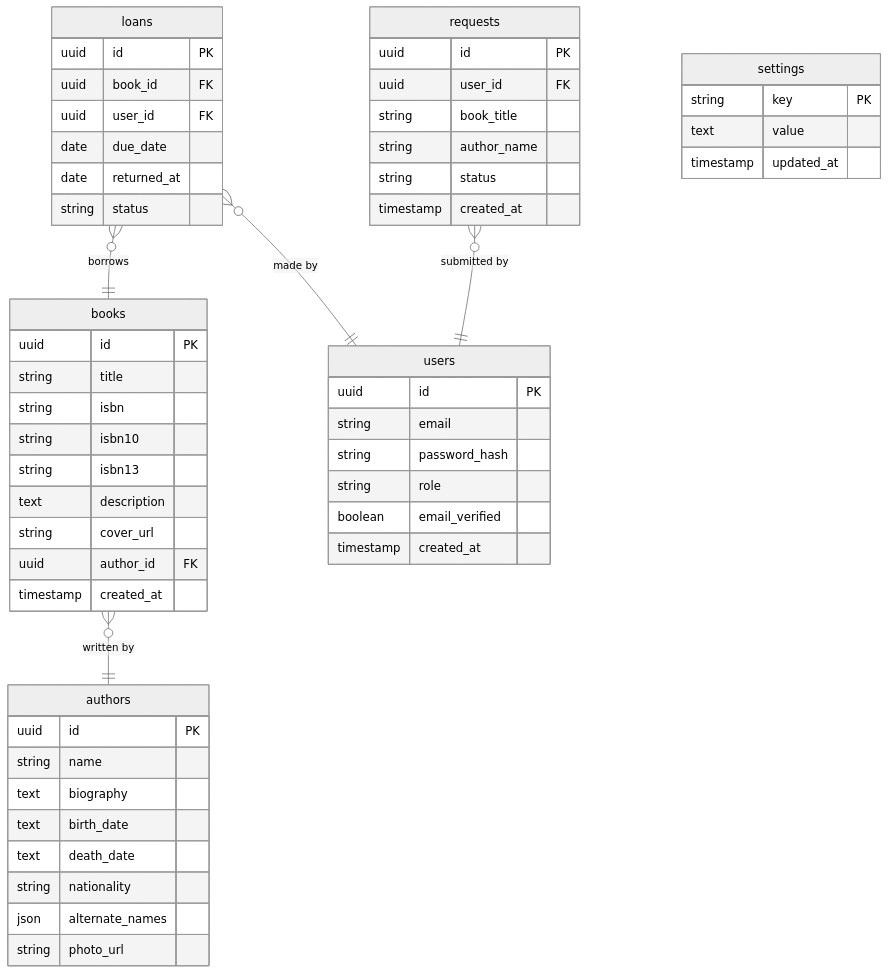
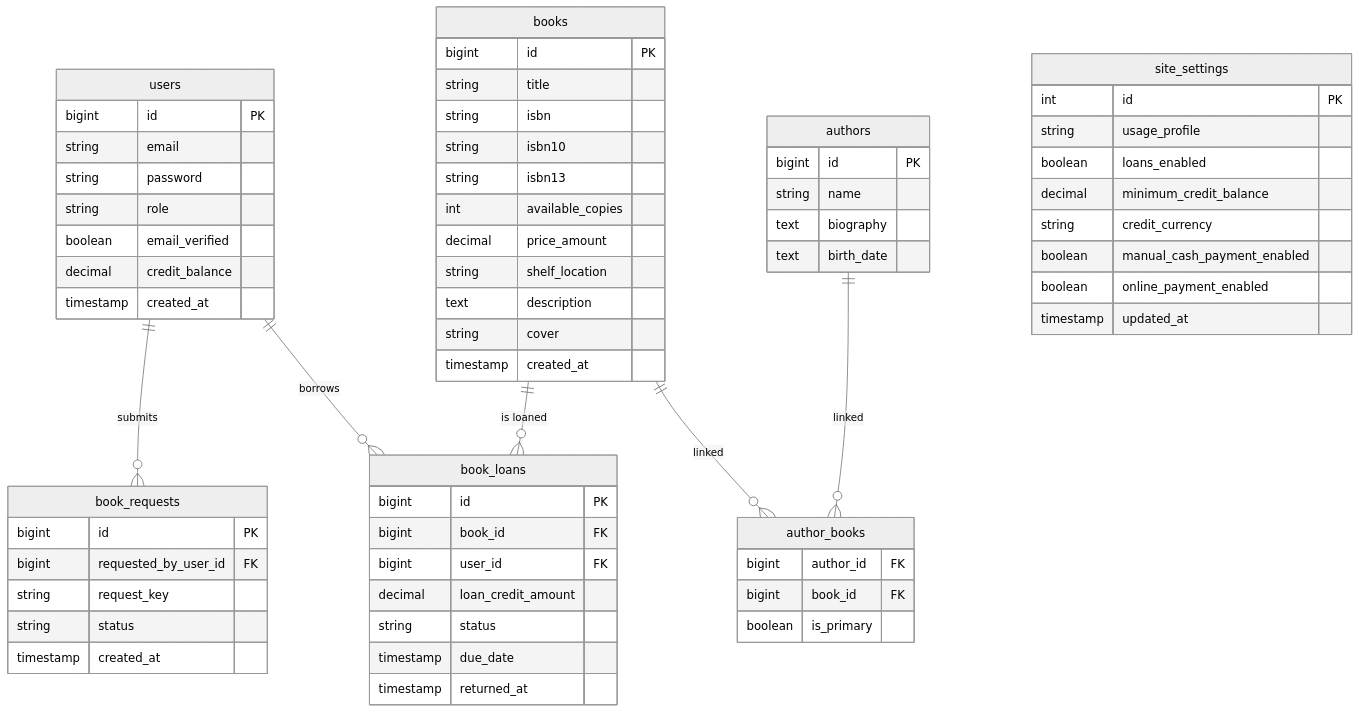
The seventh of 8 diagrams in docs-site/dev/architecture.md (mnaimfaizy/folio), drawn with Mermaid (neutral theme) before and after one commit. The commit also changed other lines of this file and 4 other files, not shown here.

Commit message:
docs: update documentation for database schema, project structure, and shared library

````diff
--- a/docs-site/dev/architecture.md
+++ b/docs-site/dev/architecture.md
@@ -222,63 +222,74 @@
 ```mermaid
 erDiagram
   users {
-    uuid id PK
+    bigint id PK
     string email
-    string password_hash
+    string password
     string role
     boolean email_verified
+    decimal credit_balance
     timestamp created_at
   }
 
   books {
-    uuid id PK
+    bigint id PK
     string title
     string isbn
     string isbn10
     string isbn13
+    int available_copies
+    decimal price_amount
+    string shelf_location
     text description
-    string cover_url
-    uuid author_id FK
+    string cover
     timestamp created_at
   }
 
   authors {
-    uuid id PK
+    bigint id PK
     string name
     text biography
     text birth_date
-    text death_date
-    string nationality
-    json alternate_names
-    string photo_url
   }
 
-  loans {
-    uuid id PK
-    uuid book_id FK
-    uuid user_id FK
-    date due_date
-    date returned_at
-    string status
+  author_books {
+    bigint author_id FK
+    bigint book_id FK
+    boolean is_primary
   }
 
-  requests {
-    uuid id PK
-    uuid user_id FK
-    string book_title
-    string author_name
+  book_loans {
+    bigint id PK
+    bigint book_id FK
+    bigint user_id FK
+    decimal loan_credit_amount
+    string status
+    timestamp due_date
+    timestamp returned_at
+  }
+
+  book_requests {
+    bigint id PK
+    bigint requested_by_user_id FK
+    string request_key
     string status
     timestamp created_at
   }
 
-  settings {
-    string key PK
-    text value
+  site_settings {
+    int id PK
+    string usage_profile
+    boolean loans_enabled
+    decimal minimum_credit_balance
+    string credit_currency
+    boolean manual_cash_payment_enabled
+    boolean online_payment_enabled
     timestamp updated_at
   }
 
-  books }o--|| authors : "written by"
-  loans }o--|| books : "borrows"
-  loans }o--|| users : "made by"
-  requests }o--|| users : "submitted by"
+  authors ||--o{ author_books : "linked"
+  books ||--o{ author_books : "linked"
+  users ||--o{ book_loans : "borrows"
+  books ||--o{ book_loans : "is loaned"
+  users ||--o{ book_requests : "submits"
 ```
````
